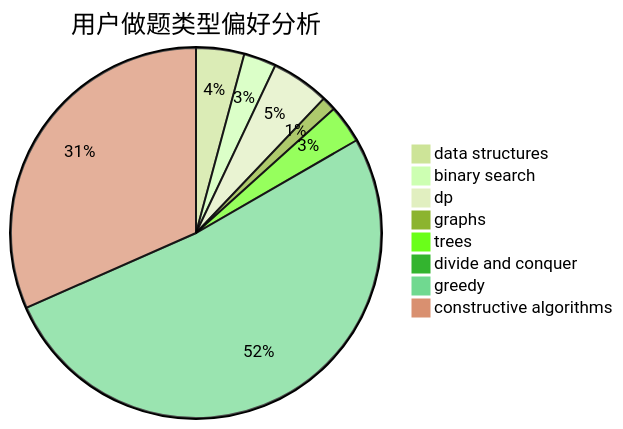
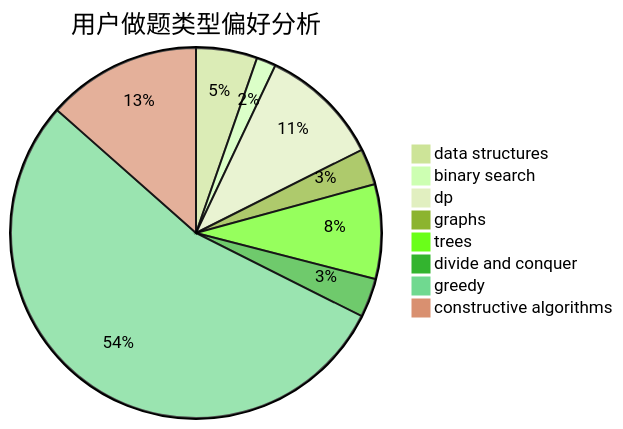
Before and after one commit to sherpahu/cfrs.github.io: the second of 3 diagrams in docs/user/u2553.md, drawn with Mermaid (forest theme). The commit also changed other lines of this file and 2770 other files, not shown here.

````diff
--- a/docs/user/u2553.md
+++ b/docs/user/u2553.md
@@ -23,11 +23,11 @@
 ```mermaid
 pie title 用户做题类型偏好分析
-    "data structures" :  34
-    "binary search" :  23
-    "dp" :  41
-    "graphs" :  10
-    "trees" :  27
-    "divide and conquer" :  3
-    "greedy" :  419
-    "constructive algorithms" :  256
+    "data structures" :  44
+    "binary search" :  14
+    "dp" :  87
+    "graphs" :  26
+    "trees" :  68
+    "divide and conquer" :  28
+    "greedy" :  446
+    "constructive algorithms" :  111
 ```
````
